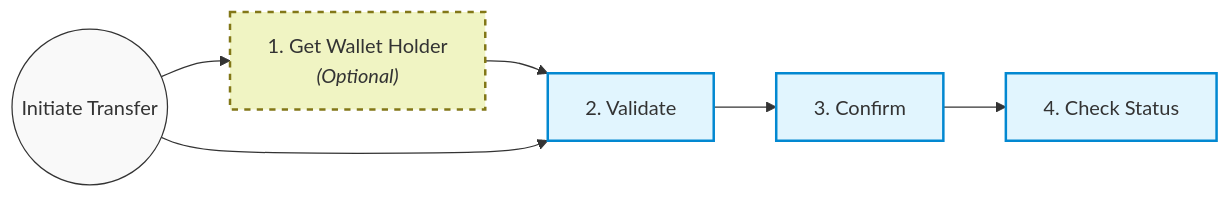
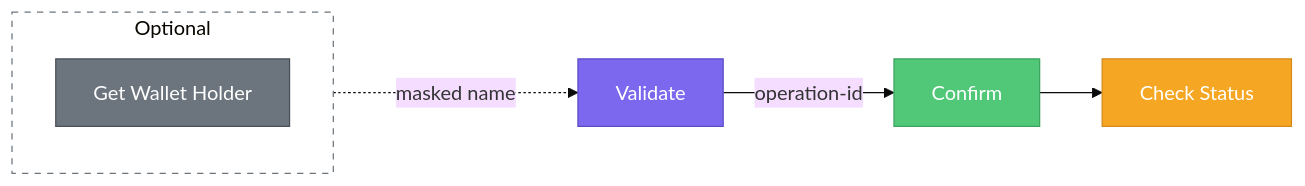
One commit to commitup/api-doc-v2 changed the diagram in docs/money-transfers/to-wallet/overview.md. Above: the diagram before and after it, drawn with Mermaid. The commit also changed other lines of this file and 2 other files, not shown here.

Commit message:
docs: update money transfer overview pages with standardized Mermaid flow diagrams

````diff
--- a/docs/money-transfers/to-wallet/overview.md
+++ b/docs/money-transfers/to-wallet/overview.md
@@ -19,20 +21,19 @@
 ```mermaid
-graph LR
-    Start((Initiate Transfer)) --> GetHolder["1. Get Wallet Holder<br/><i>(Optional)</i>"]
-    GetHolder --> Validate[2. Validate]
-    Start --> Validate
-    Validate --> Confirm[3. Confirm]
-    Confirm --> CheckStatus[4. Check Status]
-    
-    %% Colors
-    classDef default fill:#f9f9f9,stroke:#333,stroke-width:1px
-    classDef optional fill:#f0f4c3,stroke:#827717,stroke-width:2px,stroke-dasharray: 5 5
-    classDef highlight fill:#e1f5fe,stroke:#0288d1,stroke-width:2px
-    
-    %% Styling
-    style GetHolder fill:#f0f4c3,stroke:#827717,stroke-width:2px,stroke-dasharray: 5 5
-    style Validate fill:#e1f5fe,stroke:#0288d1,stroke-width:2px
-    style Confirm fill:#e1f5fe,stroke:#0288d1,stroke-width:2px
-    style CheckStatus fill:#e1f5fe,stroke:#0288d1,stroke-width:2px
-    style Start fill:#f9f9f9,stroke:#333,stroke-width:1px
+%%{init: {'theme': 'base', 'themeVariables': {'fontSize': '16px', 'fontFamily': 'arial'}}}%%
+flowchart LR
+    G["Validate"] -->|operation-id| H["Confirm"]
+    H --> I["Check Status"]
+
+    subgraph optional ["Optional"]
+        direction TB
+        OPT["Get Wallet Holder"]
+    end
+
+    OPT -..->|"masked name"| G
+
+    style G fill:#7b68ee,stroke:#5a4bc7,color:#fff
+    style H fill:#50c878,stroke:#3da35d,color:#fff
+    style I fill:#f5a623,stroke:#d4891a,color:#fff
+    style OPT fill:#6c757d,stroke:#495057,color:#fff
+    style optional fill:transparent,stroke:#6c757d,stroke-dasharray: 5 5
 ```
````
